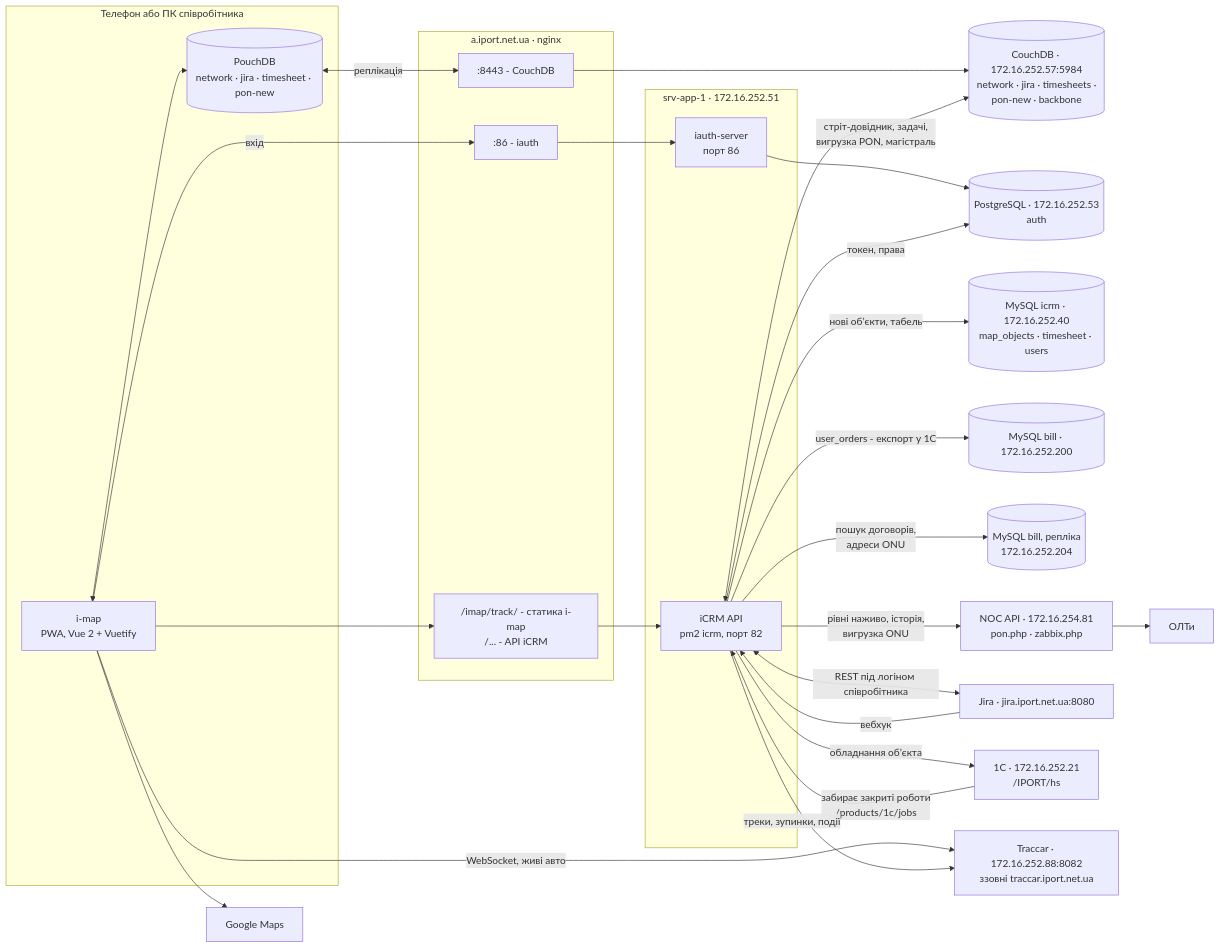
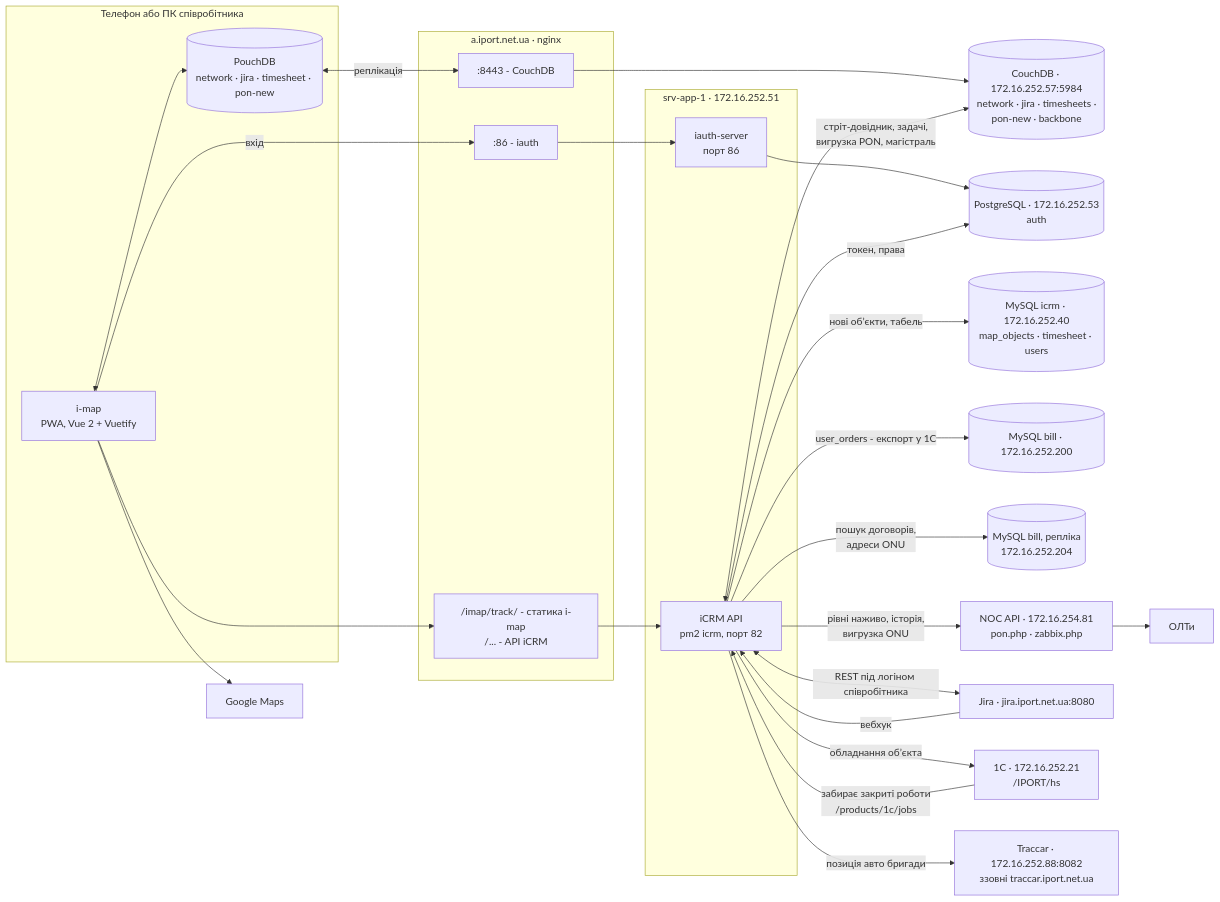
Before and after one commit to iport-snk/i.md: the first of 3 diagrams in systems/imap/technical.md, drawn with Mermaid. The commit also changed other lines of this file and 5 other files, not shown here.

````diff
--- a/systems/imap/technical.md
+++ b/systems/imap/technical.md
@@ -10,49 +10,48 @@
 ```mermaid
 flowchart LR
     subgraph DEV["Телефон або ПК співробітника"]
         APP["i-map<br/>PWA, Vue 2 + Vuetify"]
         LDB[("PouchDB<br/>network · jira · timesheet · pon-new")]
         APP <--> LDB
     end
 
     subgraph EDGE["a.iport.net.ua · nginx"]
         E443["/imap/track/ - статика i-map<br/>/... - API iCRM"]
         E8443[":8443 - CouchDB"]
         E86[":86 - iauth"]
     end
 
     subgraph APP51["srv-app-1 · 172.16.252.51"]
         ICRM["iCRM API<br/>pm2 icrm, порт 82"]
         IAUTH["iauth-server<br/>порт 86"]
     end
 
     COUCH[("CouchDB · 172.16.252.57:5984<br/>network · jira · timesheets ·<br/>pon-new · backbone")]
     PG[("PostgreSQL · 172.16.252.53<br/>auth")]
     MYI[("MySQL icrm · 172.16.252.40<br/>map_objects · timesheet · users")]
     BILL[("MySQL bill · 172.16.252.200")]
     BRO[("MySQL bill, репліка<br/>172.16.252.204")]
     NOC["NOC API · 172.16.254.81<br/>pon.php · zabbix.php"]
     OLT["ОЛТи"]
     JIRA["Jira · jira.iport.net.ua:8080"]
     ONEC["1С · 172.16.252.21<br/>/IPORT/hs"]
     TR["Traccar · 172.16.252.88:8082<br/>ззовні traccar.iport.net.ua"]
     GM["Google Maps"]
 
     APP --> E443 --> ICRM
     LDB <-->|"реплікація"| E8443 --> COUCH
     APP -->|"вхід"| E86 --> IAUTH --> PG
-    APP -->|"WebSocket, живі авто"| TR
     APP --> GM
 
     ICRM -->|"токен, права"| PG
     ICRM -->|"нові обʼєкти, табель"| MYI
     ICRM -->|"user_orders - експорт у 1С"| BILL
     ICRM -->|"пошук договорів,<br/>адреси ONU"| BRO
     ICRM <-->|"стріт-довідник, задачі,<br/>вигрузка PON, магістраль"| COUCH
     ICRM -->|"рівні наживо, історія,<br/>вигрузка ONU"| NOC --> OLT
     ICRM <-->|"REST під логіном співробітника"| JIRA
     JIRA -->|"вебхук"| ICRM
     ICRM -->|"обладнання обʼєкта"| ONEC
     ONEC -->|"забирає закриті роботи<br/>/products/1c/jobs"| ICRM
-    ICRM -->|"треки, зупинки, події"| TR
+    ICRM -->|"позиція авто бригади"| TR
 ```
````
